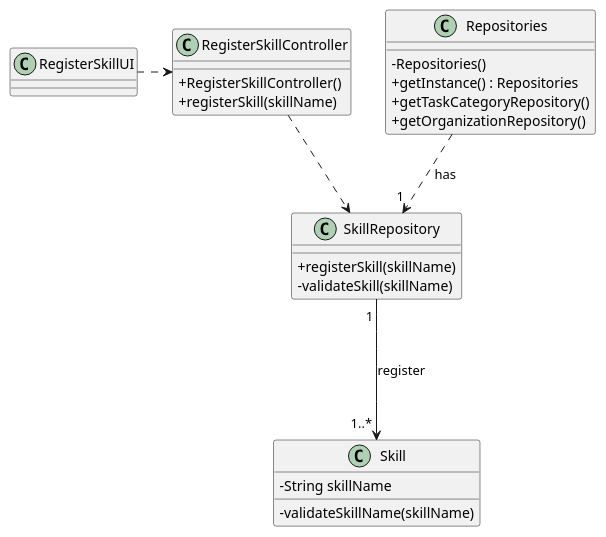
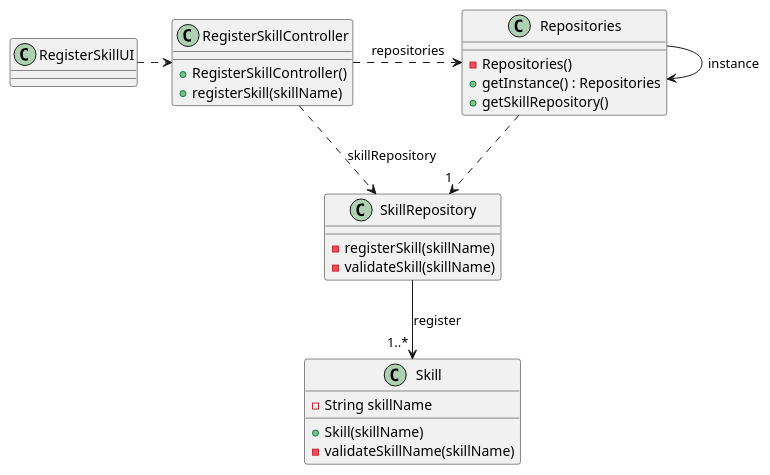
One commit to SAEmanuel/Green_Spaces_Management_ISEP changed the diagram in docs/sprintB/us001/03.design/puml/us001-class-diagramv2.puml. Above: the diagram before and after it, drawn with PlantUML. The commit also changed 1 other file, not shown here.

Commit message:
US001 - desing (class diagram) v2.1.0

```diff
--- a/docs/sprintB/us001/03.design/puml/us001-class-diagramv2.puml
+++ b/docs/sprintB/us001/03.design/puml/us001-class-diagramv2.puml
@@ -1,48 +1,51 @@
 @startuml
 'skinparam monochrome true
 skinparam packageStyle rectangle
 skinparam shadowing false
 skinparam linetype polyline
 'skinparam linetype orto
-
-skinparam classAttributeIconSize 0
-
+'skinparam classAttributeIconSize 0
 'left to right direction
 
 
 
 class Skill {
     - String skillName
+    + Skill(skillName)
     - validateSkillName(skillName)
 '    + Skill(reference, description,\ninformalDescription, technicalDescription,\nduration, cost, createdBy, taskCategory)
 }
 
 
 
 class SkillRepository {
-    + registerSkill(skillName)
+    - registerSkill(skillName)
     -validateSkill(skillName)
 }
 
 
 class Repositories {
     - Repositories()
     + getInstance() : Repositories
-    + getTaskCategoryRepository()
-    + getOrganizationRepository()
+    + getSkillRepository()
 }
 
 class RegisterSkillController {
     + RegisterSkillController()
     + registerSkill(skillName)
 }
 
 class RegisterSkillUI {
 }
 
 RegisterSkillUI .> RegisterSkillController
-Repositories  ..> "1 " SkillRepository : has
-RegisterSkillController ..>  SkillRepository
-SkillRepository "1 " ---> "1..* " Skill : register
+
+RegisterSkillController .> Repositories : repositories
+Repositories  ..> "1 " SkillRepository
+Repositories -> Repositories : instance
+
+RegisterSkillController ..>  SkillRepository : skillRepository
+
+SkillRepository  --> "1..* " Skill : register
 
 @enduml
```
